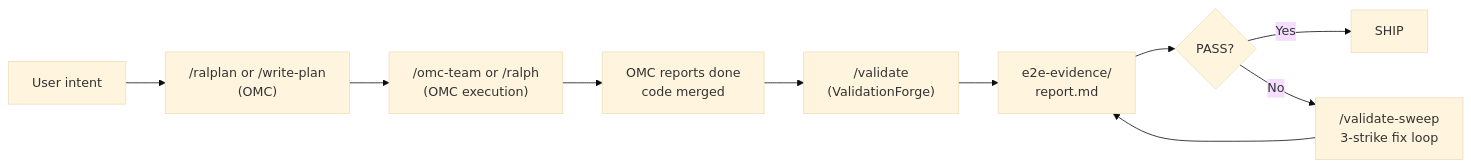
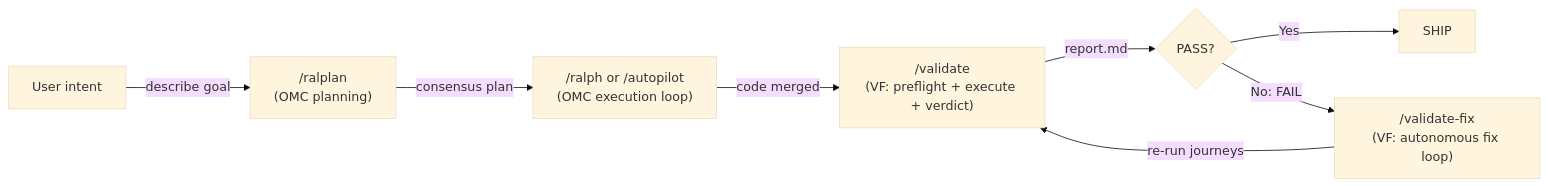
One commit to krzemienski/validationforge changed the diagram in docs/integrations/vf-with-omc.md. Above: the diagram before and after it, drawn with Mermaid (base theme). The commit also changed other lines of this file, not shown here.

Commit message:
auto-claude: subtask-2-2 - Add a Mermaid workflow diagram to vf-with-omc.md s

````diff
--- a/docs/integrations/vf-with-omc.md
+++ b/docs/integrations/vf-with-omc.md
@@ -27,12 +27,10 @@
 ```mermaid
 graph LR
-    U[User intent] --> OP["/ralplan or /write-plan<br/>(OMC)"]
-    OP --> OT["/omc-team or /ralph<br/>(OMC execution)"]
-    OT --> OD["OMC reports done<br/>code merged"]
-    OD --> VF["/validate<br/>(ValidationForge)"]
-    VF --> EV["e2e-evidence/<br/>report.md"]
-    EV --> D{PASS?}
+    U[User intent] -->|describe goal| OP["/ralplan<br/>(OMC planning)"]
+    OP -->|consensus plan| OT["/ralph or /autopilot<br/>(OMC execution loop)"]
+    OT -->|code merged| VF["/validate<br/>(VF: preflight + execute + verdict)"]
+    VF -->|report.md| D{PASS?}
     D -->|Yes| SHIP[SHIP]
-    D -->|No| VS["/validate-sweep<br/>3-strike fix loop"]
-    VS --> EV
+    D -->|No: FAIL| VFX["/validate-fix<br/>(VF: autonomous fix loop)"]
+    VFX -->|re-run journeys| VF
 ```
````
